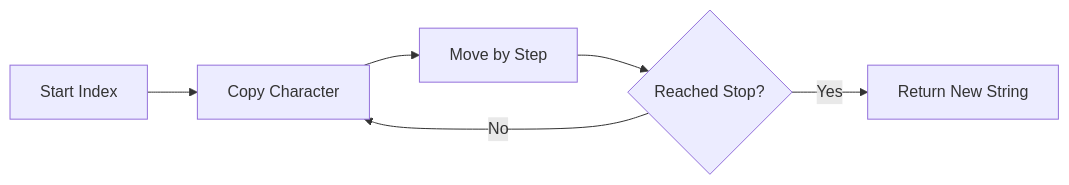
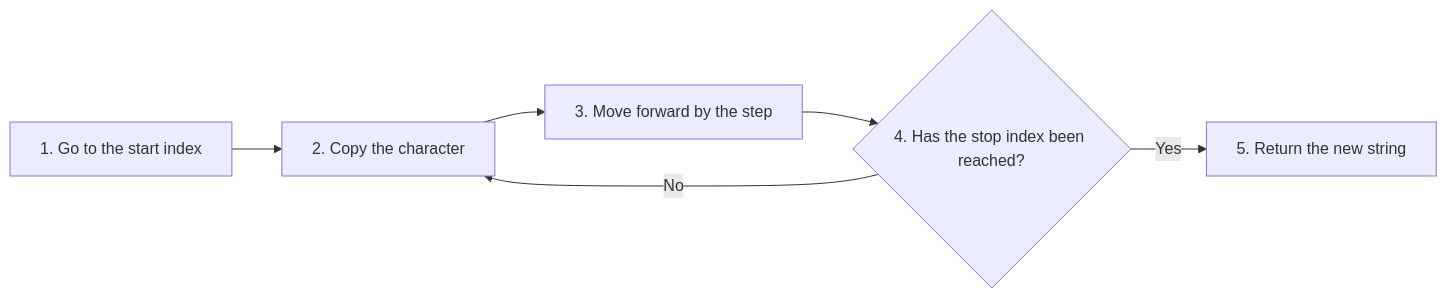
The eighth of 18 diagrams in docs/17-strings/080-ch17-conceptual-qa.md (ag999git/001-mkdocs), drawn with Mermaid before and after one commit. The commit also changed other lines of this file, not shown here.

Commit message:
Sync: Added index.md and updated chapters

````diff
--- a/docs/17-strings/080-ch17-conceptual-qa.md
+++ b/docs/17-strings/080-ch17-conceptual-qa.md
@@ -993,13 +2086,8 @@
 ```mermaid
 flowchart LR
-
-A["Start Index"] --> B["Copy Character"]
-
-B --> C["Move by Step"]
-
-C --> D{"Reached Stop?"}
-
-D -->|No| B
-
-D -->|Yes| E["Return New String"]
+    A["1. Go to the start index"] --> B["2. Copy the character"]
+    B --> C["3. Move forward by the step"]
+    C --> D{"4. Has the stop index been reached?"}
+    D -->|"No"| B
+    D -->|"Yes"| E["5. Return the new string"]
 ```
````
